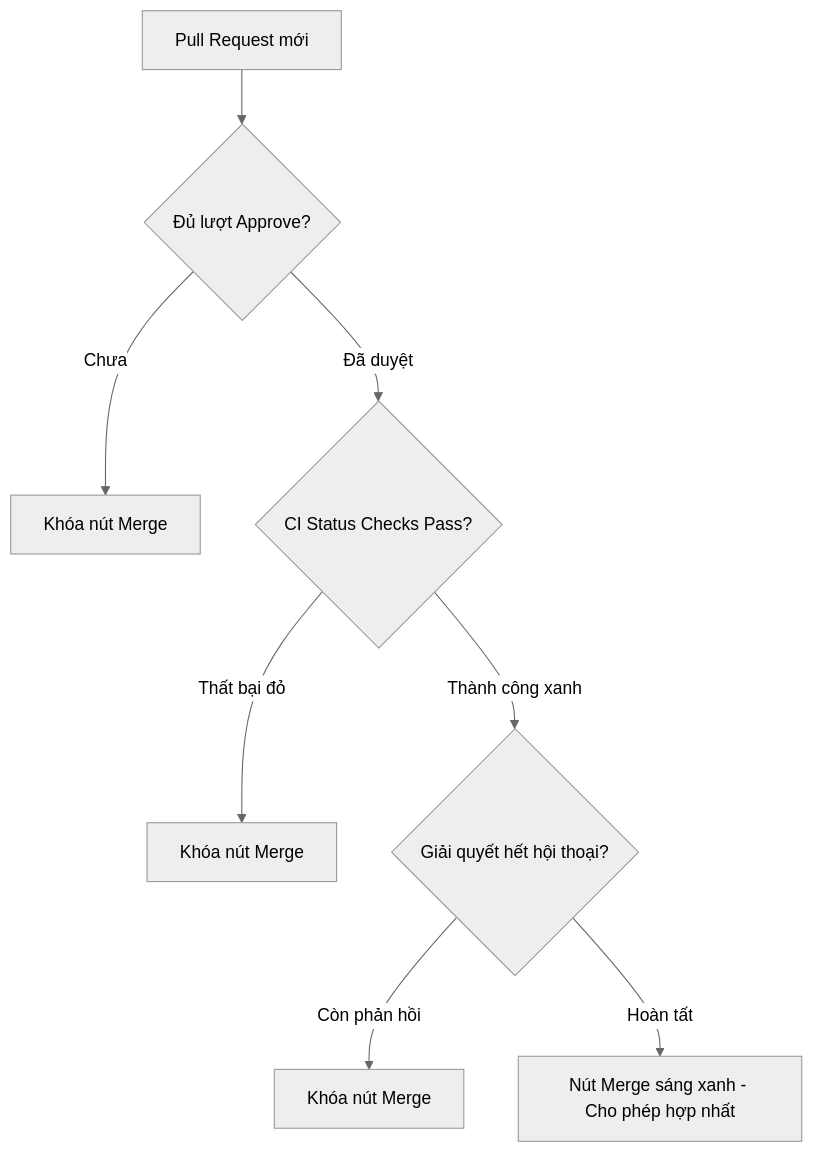
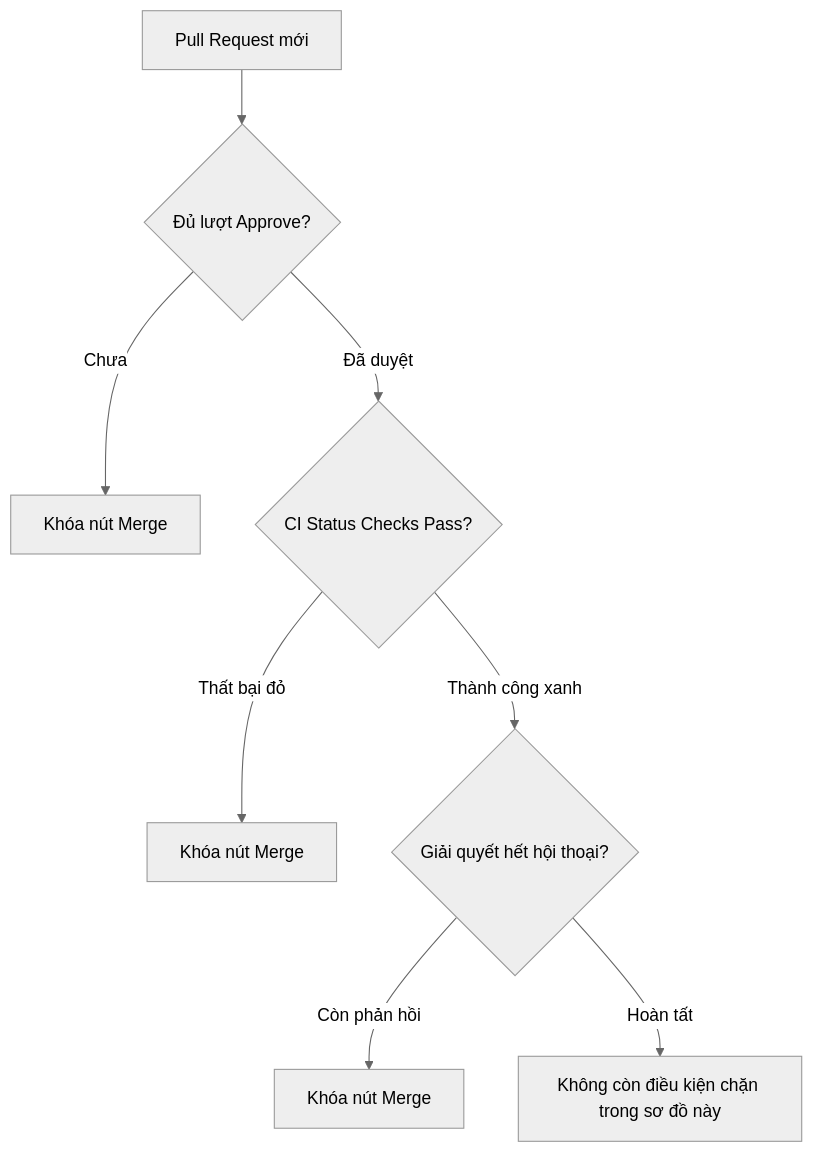
One commit to maitamdev/Git changed the diagram in courses/06-team-workflows/08-branch-protection-rules/lesson.md. Above: the diagram before and after it, drawn with Mermaid (neutral theme). The commit also changed other lines of this file and 478 other files, not shown here.

````diff
--- a/courses/06-team-workflows/08-branch-protection-rules/lesson.md
+++ b/courses/06-team-workflows/08-branch-protection-rules/lesson.md
@@ -35,10 +35,10 @@
 ```mermaid
 flowchart TD
     PR[Pull Request mới] --> C1{Đủ lượt Approve?}
     C1 -- Chưa --> Block1[Khóa nút Merge]
     C1 -- Đã duyệt --> C2{CI Status Checks Pass?}
     C2 -- Thất bại đỏ --> Block2[Khóa nút Merge]
     C2 -- Thành công xanh --> C3{Giải quyết hết hội thoại?}
     C3 -- Còn phản hồi --> Block3[Khóa nút Merge]
-    C3 -- Hoàn tất --> Open[Nút Merge sáng xanh - Cho phép hợp nhất]
+    C3 -- Hoàn tất --> Open[Không còn điều kiện chặn trong sơ đồ này]
 ```
````
